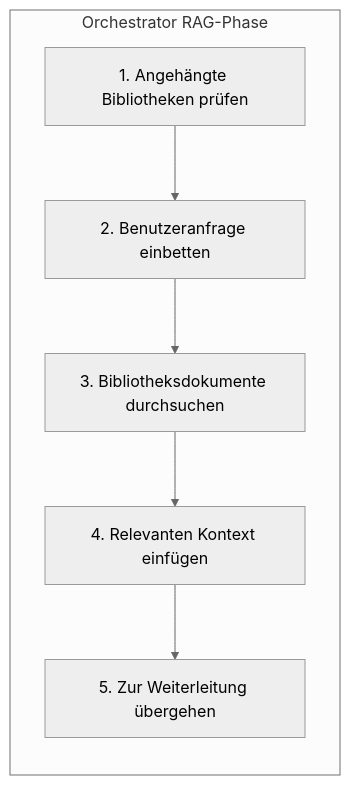
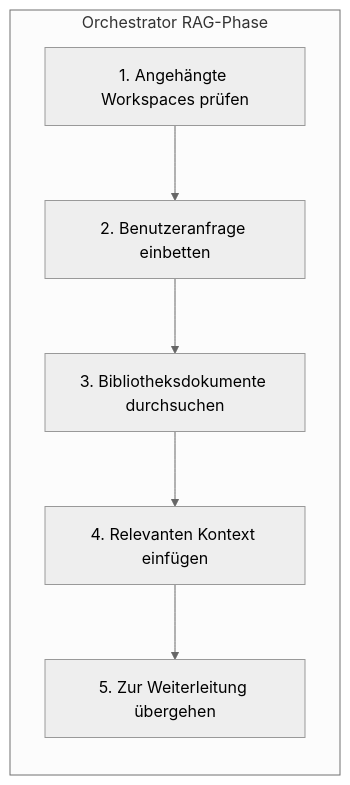
One commit to Fabric-Pro/fabric-oss changed the third of 5 diagrams in apps/web/content/docs/core-concepts/rag.de.mdx. Above: the diagram before and after it, drawn with Mermaid (neutral theme). The commit also changed other lines of this file and 1600 other files, not shown here.

````diff
--- a/apps/web/content/docs/core-concepts/rag.de.mdx
+++ b/apps/web/content/docs/core-concepts/rag.de.mdx
@@ -269,12 +269,12 @@
 ```mermaid
 flowchart LR
     subgraph ORCH["Orchestrator RAG-Phase"]
         direction TB
-        S1[1. Angehängte Bibliotheken prüfen]
+        S1[1. Angehängte Workspaces prüfen]
         S2[2. Benutzeranfrage einbetten]
         S3[3. Bibliotheksdokumente durchsuchen]
         S4[4. Relevanten Kontext einfügen]
         S5[5. Zur Weiterleitung übergehen]
         S1 --> S2 --> S3 --> S4 --> S5
     end
 ```
````
